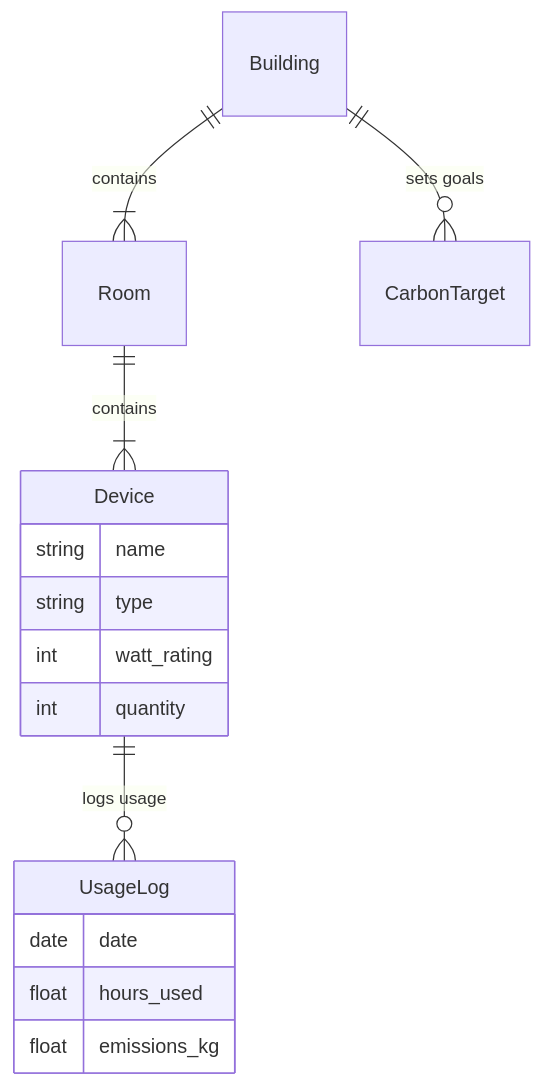
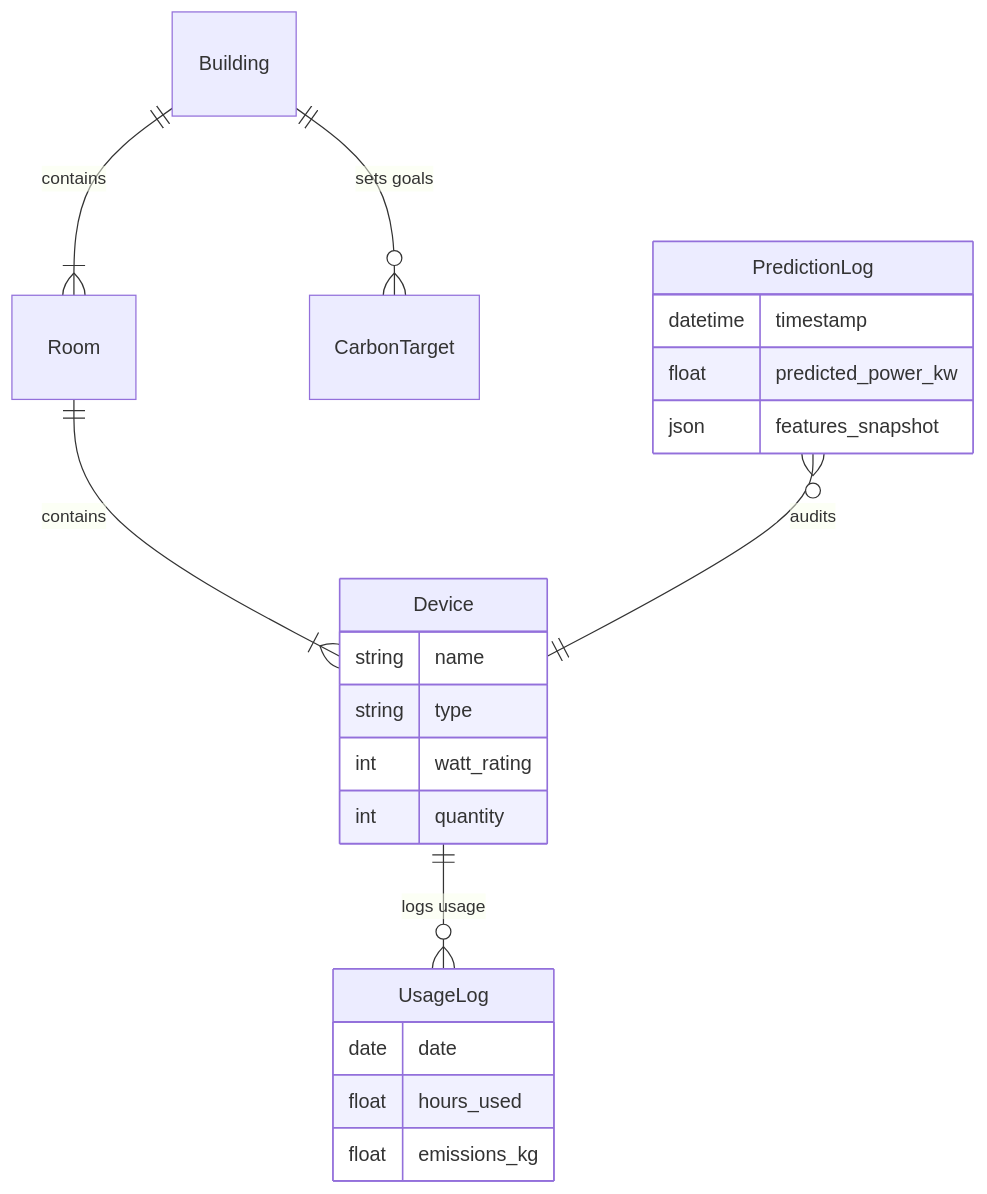
The diagram in BACKEND/hems_backend/BACKEND_BLUEPRINT.md (hitarth1812/Hybrid-Energy-Management-System), drawn with Mermaid before and after one commit. The commit also changed other lines of this file and 53 other files, not shown here.

Commit message:
Add upgraded analytics, prediction flow, and ESG enhancements

````diff
--- a/BACKEND/hems_backend/BACKEND_BLUEPRINT.md
+++ b/BACKEND/hems_backend/BACKEND_BLUEPRINT.md
@@ -40,19 +44,25 @@
 ```mermaid
 erDiagram
     Building ||--|{ Room : contains
     Room ||--|{ Device : contains
     Device ||--o{ UsageLog : "logs usage"
     Building ||--o{ CarbonTarget : "sets goals"
+    PredictionLog }o--|| Device : "audits"
 
     Device {
         string name
         string type
         int watt_rating
         int quantity
     }
     UsageLog {
         date date
         float hours_used
         float emissions_kg
     }
+    PredictionLog {
+        datetime timestamp
+        float predicted_power_kw
+        json features_snapshot
+    }
 ```
````
